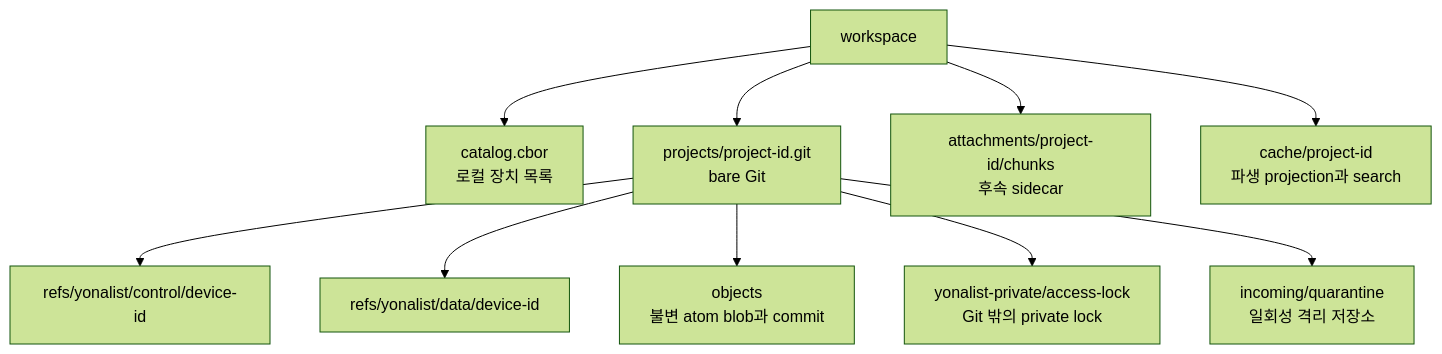
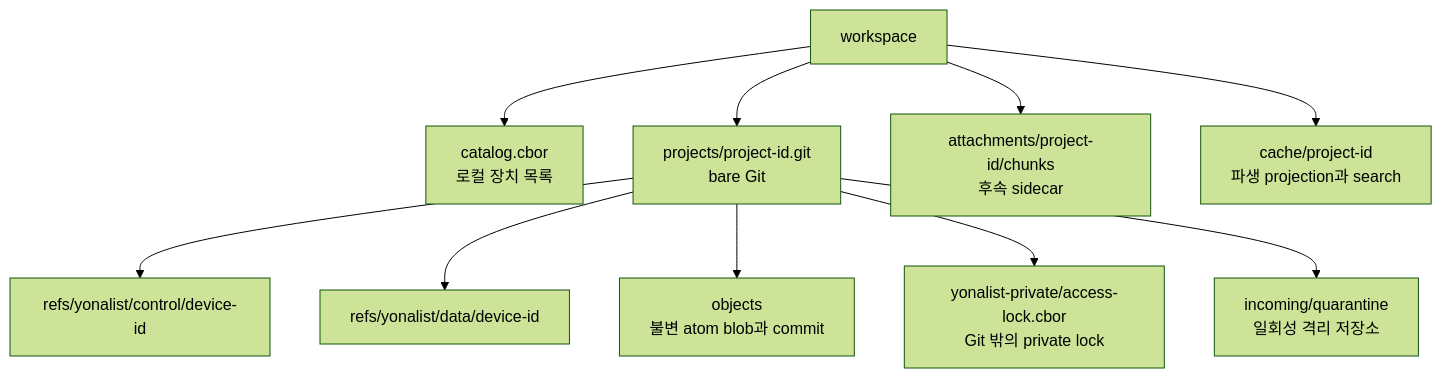
The third of 10 diagrams in docs/yonalist-sync-design/design.md (doortts/yonalist), drawn with Mermaid (forest theme) before and after one commit. The commit also changed other lines of this file and 3 other files, not shown here.

````diff
--- a/docs/yonalist-sync-design/design.md
+++ b/docs/yonalist-sync-design/design.md
@@ -92,22 +92,22 @@
 ```mermaid
 flowchart TB
   WS["workspace"]
   CAT["catalog.cbor\n로컬 장치 목록"]
   REPO["projects/project-id.git\nbare Git"]
   CTRL["refs/yonalist/control/device-id"]
   DATA["refs/yonalist/data/device-id"]
   OBJ["objects\n불변 atom blob과 commit"]
-  LOCK["yonalist-private/access-lock\nGit 밖의 private lock"]
+  LOCK["yonalist-private/access-lock.cbor\nGit 밖의 private lock"]
   Q["incoming/quarantine\n일회성 격리 저장소"]
   ATT["attachments/project-id/chunks\n후속 sidecar"]
   CACHE["cache/project-id\n파생 projection과 search"]
   WS --> CAT
   WS --> REPO
   REPO --> CTRL
   REPO --> DATA
   REPO --> OBJ
   REPO --> LOCK
   REPO --> Q
   WS --> ATT
   WS --> CACHE
 ```
````
